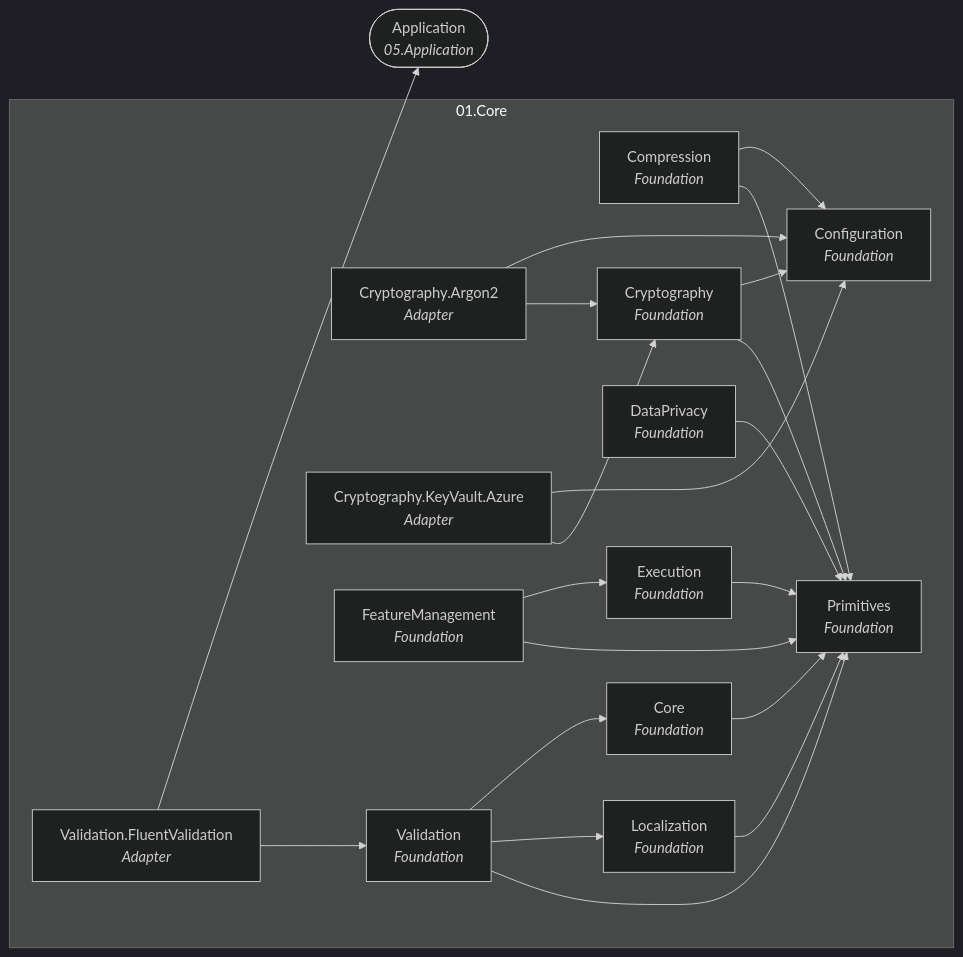
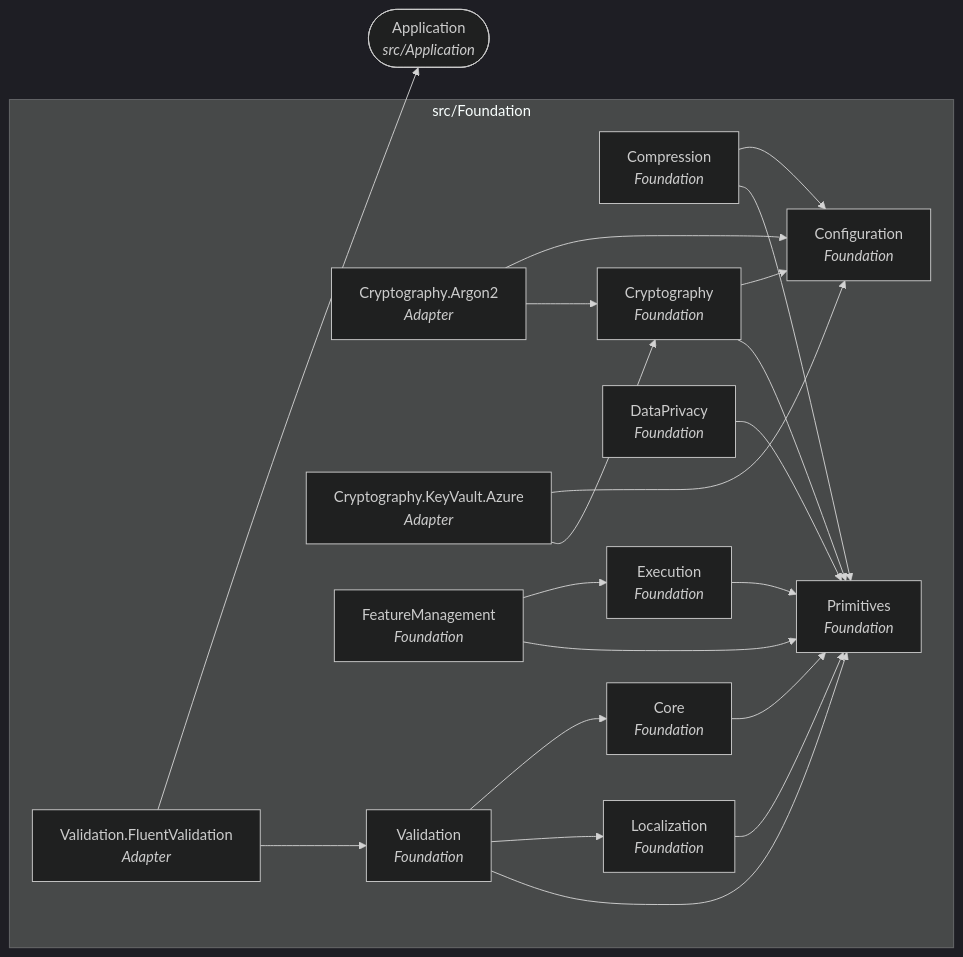
The third of 22 diagrams in docs/dependency-graph.md (Gresta-Vertex-Labs/platform-shared-kernel), drawn with Mermaid (dark theme) before and after one commit. The commit also changed other lines of this file and 4053 other files, not shown here.

````diff
--- a/docs/dependency-graph.md
+++ b/docs/dependency-graph.md
@@ -111,38 +128,38 @@
 ```mermaid
 flowchart LR
-  subgraph folder_01_Core["01.Core"]
+  subgraph folder_src_Foundation["src/Foundation"]
     SharedKernel_Compression["Compression<br/><i>Foundation</i>"]
     SharedKernel_Configuration["Configuration<br/><i>Foundation</i>"]
     SharedKernel_Core["Core<br/><i>Foundation</i>"]
     SharedKernel_Cryptography["Cryptography<br/><i>Foundation</i>"]
     SharedKernel_Cryptography_Argon2["Cryptography.Argon2<br/><i>Adapter</i>"]
     SharedKernel_Cryptography_KeyVault_Azure["Cryptography.KeyVault.Azure<br/><i>Adapter</i>"]
     SharedKernel_DataPrivacy["DataPrivacy<br/><i>Foundation</i>"]
     SharedKernel_Execution["Execution<br/><i>Foundation</i>"]
     SharedKernel_FeatureManagement["FeatureManagement<br/><i>Foundation</i>"]
     SharedKernel_Localization["Localization<br/><i>Foundation</i>"]
     SharedKernel_Primitives["Primitives<br/><i>Foundation</i>"]
     SharedKernel_Validation["Validation<br/><i>Foundation</i>"]
     SharedKernel_Validation_FluentValidation["Validation.FluentValidation<br/><i>Adapter</i>"]
   end
-  SharedKernel_Application(["Application<br/><i>05.Application</i>"])
+  SharedKernel_Application(["Application<br/><i>src/Application</i>"])
   SharedKernel_Compression --> SharedKernel_Configuration
   SharedKernel_Compression --> SharedKernel_Primitives
   SharedKernel_Core --> SharedKernel_Primitives
   SharedKernel_Cryptography --> SharedKernel_Configuration
   SharedKernel_Cryptography --> SharedKernel_Primitives
   SharedKernel_Cryptography_Argon2 --> SharedKernel_Configuration
   SharedKernel_Cryptography_Argon2 --> SharedKernel_Cryptography
   SharedKernel_Cryptography_KeyVault_Azure --> SharedKernel_Configuration
   SharedKernel_Cryptography_KeyVault_Azure --> SharedKernel_Cryptography
   SharedKernel_DataPrivacy --> SharedKernel_Primitives
   SharedKernel_Execution --> SharedKernel_Primitives
   SharedKernel_FeatureManagement --> SharedKernel_Execution
   SharedKernel_FeatureManagement --> SharedKernel_Primitives
   SharedKernel_Localization --> SharedKernel_Primitives
   SharedKernel_Validation --> SharedKernel_Core
   SharedKernel_Validation --> SharedKernel_Localization
   SharedKernel_Validation --> SharedKernel_Primitives
   SharedKernel_Validation_FluentValidation --> SharedKernel_Application
   SharedKernel_Validation_FluentValidation --> SharedKernel_Validation
 ```
````
